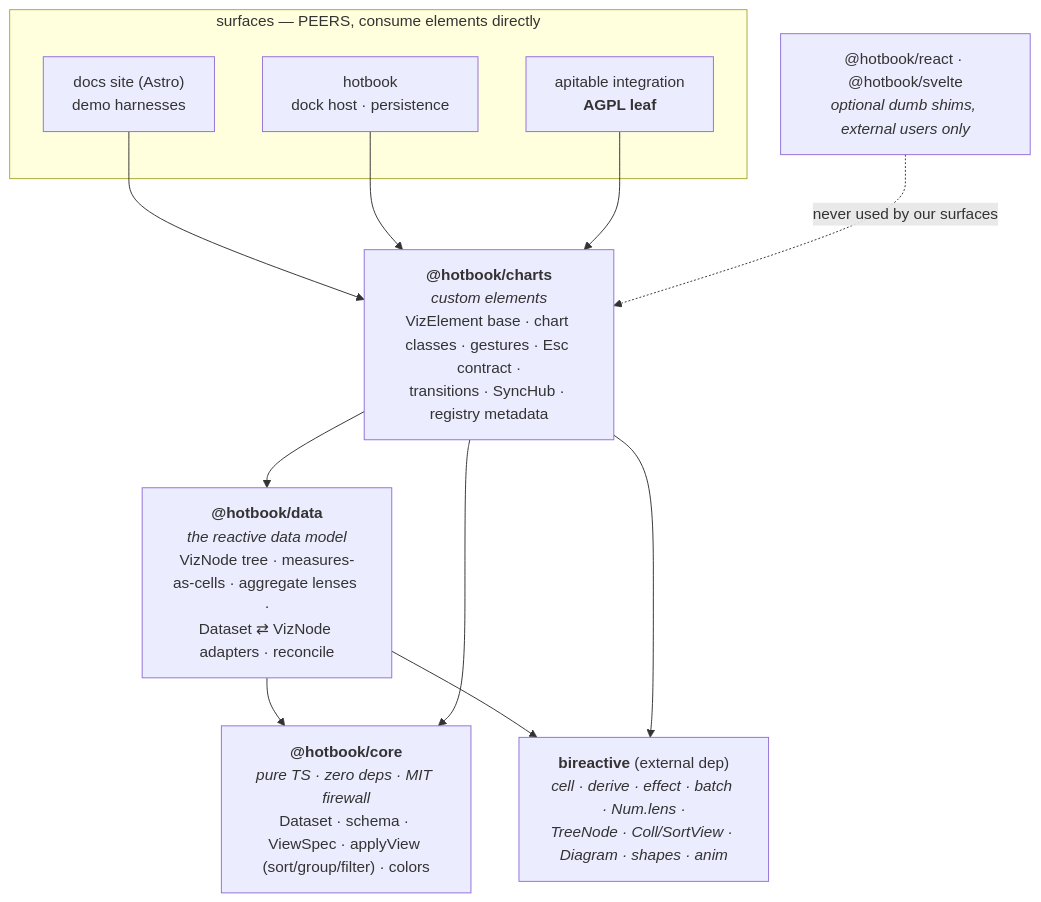
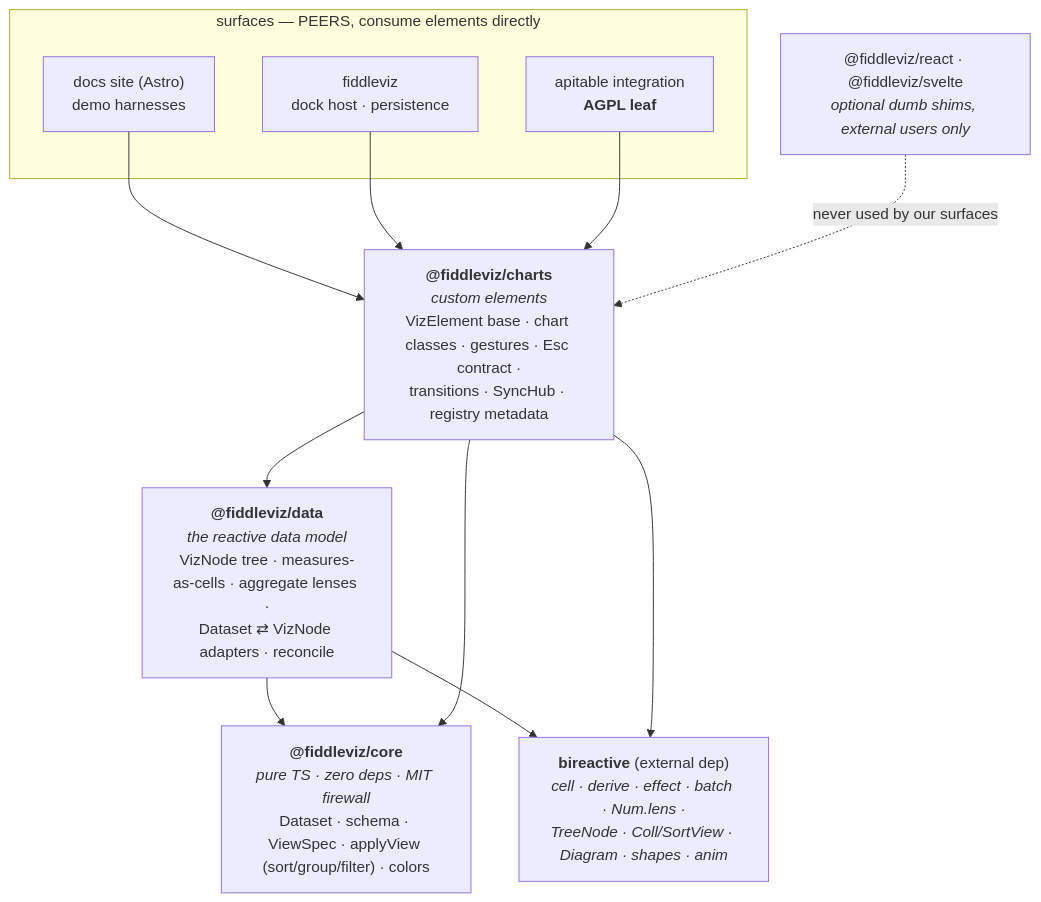
One commit to WinstonFassett/hotbook changed the first of 4 diagrams in wiki/rebuild-tech-design.md. Above: the diagram before and after it, drawn with Mermaid. The commit also changed other lines of this file and 128 other files, not shown here.

````diff
--- a/wiki/rebuild-tech-design.md
+++ b/wiki/rebuild-tech-design.md
@@ -50,28 +50,28 @@
 ```mermaid
 graph TD
   br["<b>bireactive</b> (external dep)<br/><i>cell · derive · effect · batch · Num.lens ·<br/>TreeNode · Coll/SortView · Diagram · shapes · anim</i>"]
 
-  core["<b>@hotbook/core</b><br/><i>pure TS · zero deps · MIT firewall</i><br/>Dataset · schema · ViewSpec · applyView (sort/group/filter) · colors"]
+  core["<b>@fiddleviz/core</b><br/><i>pure TS · zero deps · MIT firewall</i><br/>Dataset · schema · ViewSpec · applyView (sort/group/filter) · colors"]
 
-  data["<b>@hotbook/data</b><br/><i>the reactive data model</i><br/>VizNode tree · measures-as-cells · aggregate lenses ·<br/>Dataset ⇄ VizNode adapters · reconcile"]
+  data["<b>@fiddleviz/data</b><br/><i>the reactive data model</i><br/>VizNode tree · measures-as-cells · aggregate lenses ·<br/>Dataset ⇄ VizNode adapters · reconcile"]
 
-  charts["<b>@hotbook/charts</b><br/><i>custom elements</i><br/>VizElement base · chart classes · gestures · Esc contract ·<br/>transitions · SyncHub · registry metadata"]
+  charts["<b>@fiddleviz/charts</b><br/><i>custom elements</i><br/>VizElement base · chart classes · gestures · Esc contract ·<br/>transitions · SyncHub · registry metadata"]
 
   subgraph surfaces["surfaces — PEERS, consume elements directly"]
     docs["docs site (Astro)<br/>demo harnesses"]
-    slice["hotbook<br/>dock host · persistence"]
+    slice["fiddleviz<br/>dock host · persistence"]
     apit["apitable integration<br/><b>AGPL leaf</b>"]
   end
 
-  shims["@hotbook/react · @hotbook/svelte<br/><i>optional dumb shims, external users only</i>"]
+  shims["@fiddleviz/react · @fiddleviz/svelte<br/><i>optional dumb shims, external users only</i>"]
 
   data --> core
   data --> br
   charts --> data
   charts --> core
   charts --> br
   docs --> charts
   slice --> charts
   apit --> charts
   shims -.->|"never used by our surfaces"| charts
 ```
````
